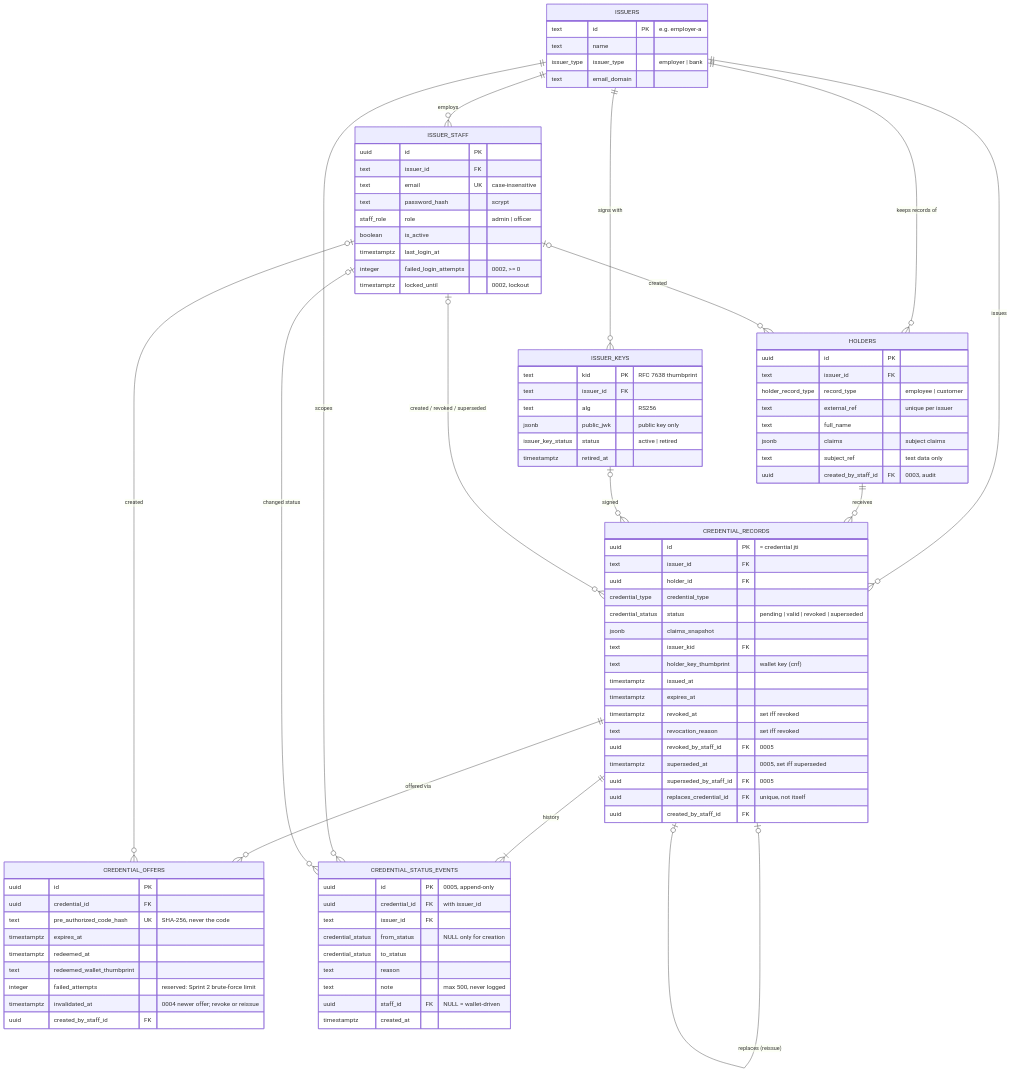
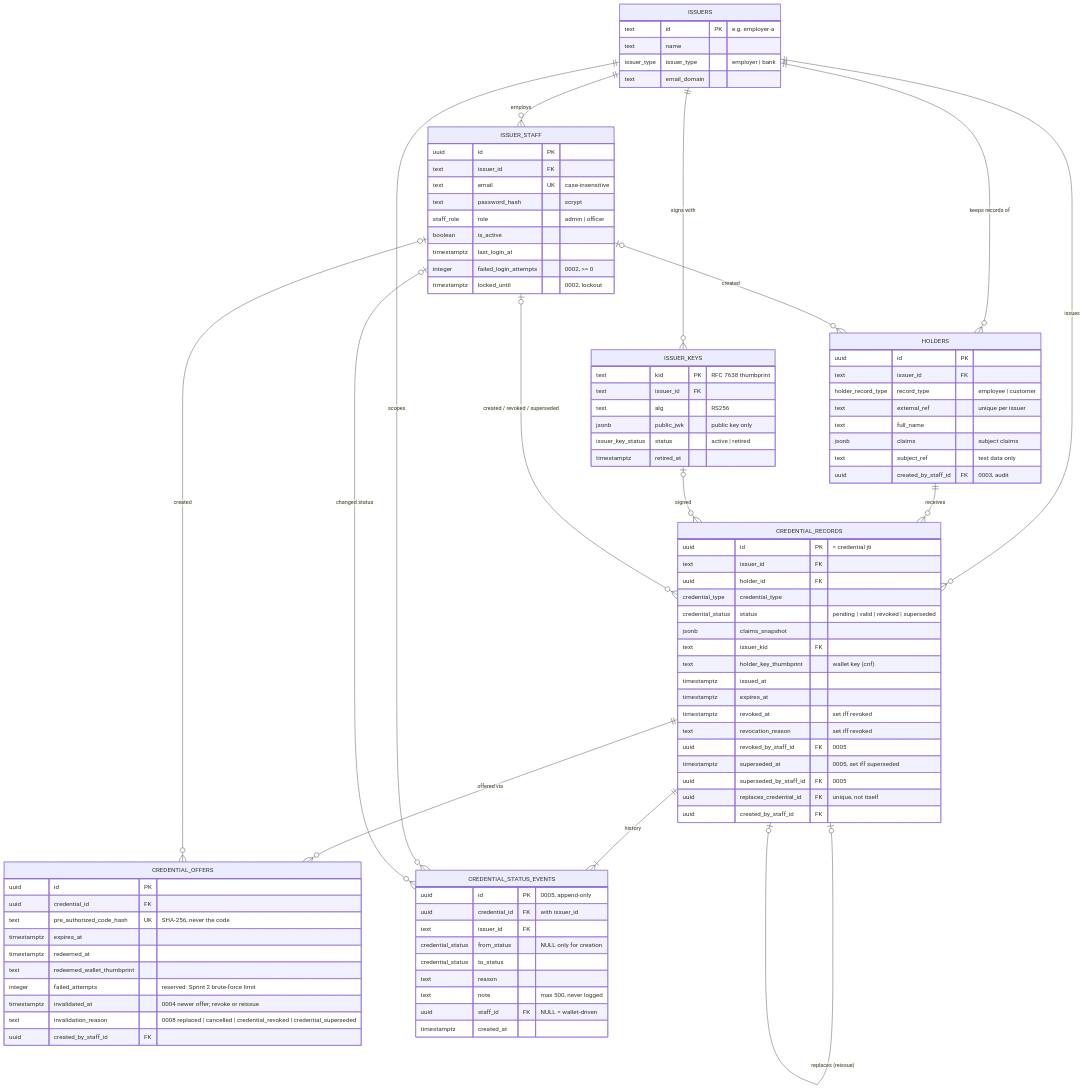
Before and after one commit to Thisathgeemal/UniVault: the first of 2 diagrams in docs/database/database-design.md, drawn with Mermaid. The commit also changed other lines of this file and 66 other files, not shown here.

```diff
--- a/docs/database/database-design.md
+++ b/docs/database/database-design.md
@@ -95,6 +95,7 @@
         text redeemed_wallet_thumbprint
         integer failed_attempts "reserved: Sprint 2 brute-force limit"
         timestamptz invalidated_at "0004 newer offer; revoke or reissue"
+        text invalidation_reason "0008 replaced | cancelled | credential_revoked | credential_superseded"
         uuid created_by_staff_id FK
     }
     CREDENTIAL_STATUS_EVENTS {
```
